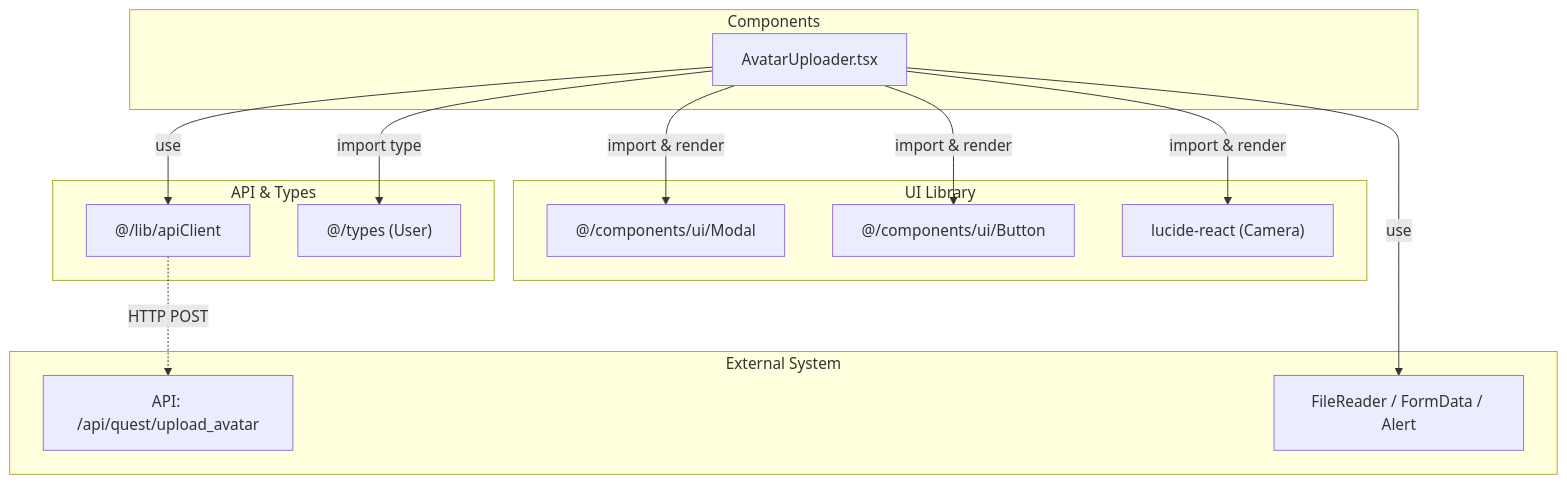
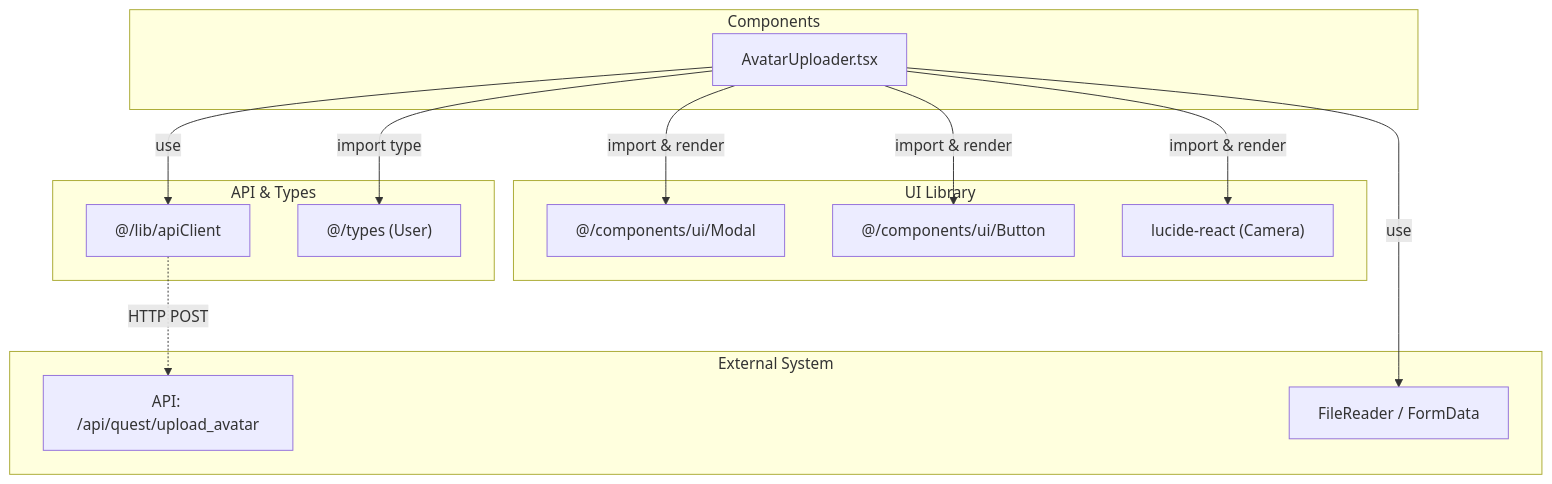
The second of 2 diagrams in docs/specifications/family-quest/src/components/ui/AvatarUploader.md (mmtigers/my_python_project), drawn with Mermaid before and after one commit. The commit also changed other lines of this file and 47 other files, not shown here.

````diff
--- a/docs/specifications/family-quest/src/components/ui/AvatarUploader.md
+++ b/docs/specifications/family-quest/src/components/ui/AvatarUploader.md
@@ -199,31 +206,31 @@
 ```mermaid
 graph TD
     subgraph Components
         AvatarUploader["AvatarUploader.tsx"]
     end
     
     subgraph UI Library
         Modal["@/components/ui/Modal"]
         Button["@/components/ui/Button"]
         Camera["lucide-react (Camera)"]
     end
     
     subgraph API & Types
         apiClient["@/lib/apiClient"]
         UserType["@/types (User)"]
     end
     
     subgraph External System
         BackendAPI["API: /api/quest/upload_avatar"]
-        BrowserAPI["FileReader / FormData / Alert"]
+        BrowserAPI["FileReader / FormData"]
     end
     
     AvatarUploader -->|"import & render"| Modal
     AvatarUploader -->|"import & render"| Button
     AvatarUploader -->|"import & render"| Camera
     AvatarUploader -->|"import type"| UserType
     AvatarUploader -->|"use"| apiClient
     apiClient -.->|"HTTP POST"| BackendAPI
     AvatarUploader -->|"use"| BrowserAPI
 
 ```
````
